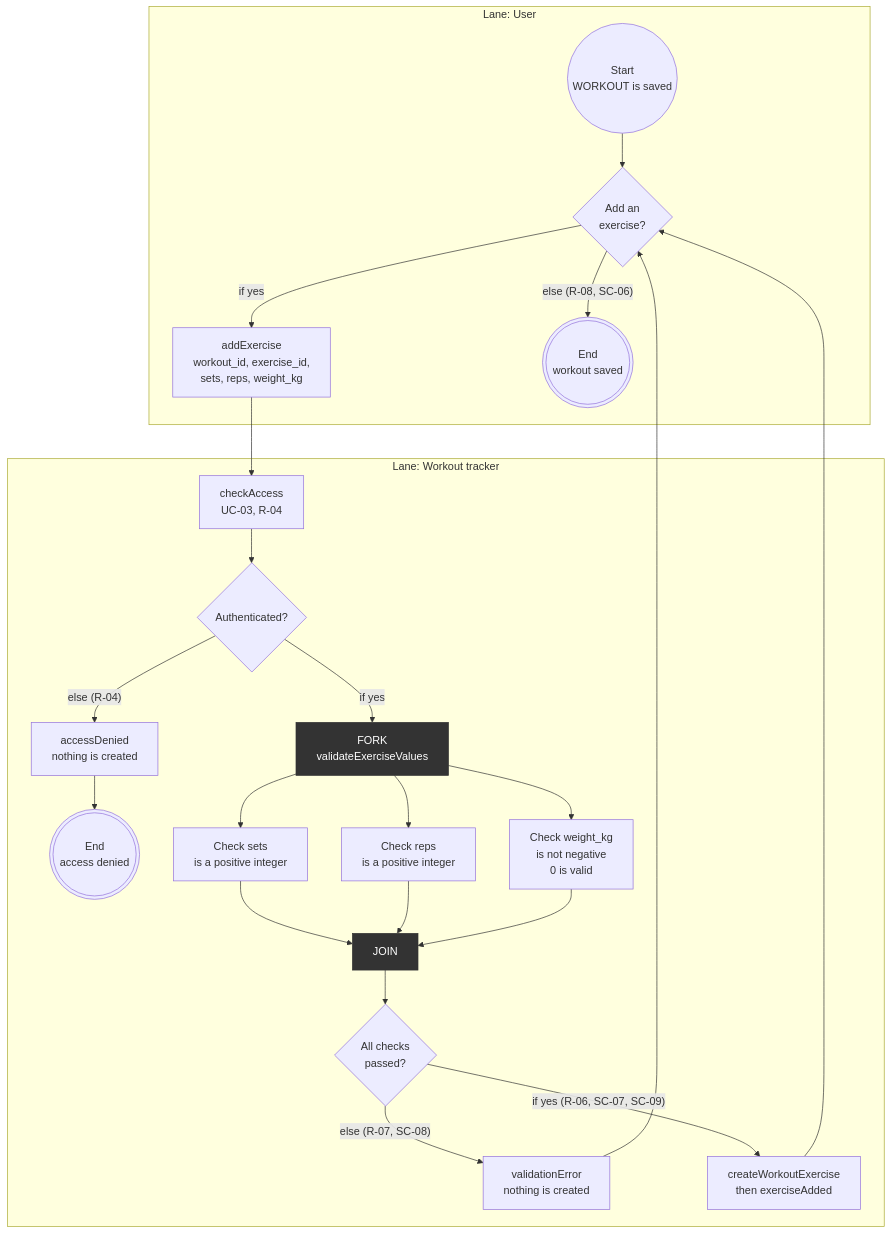
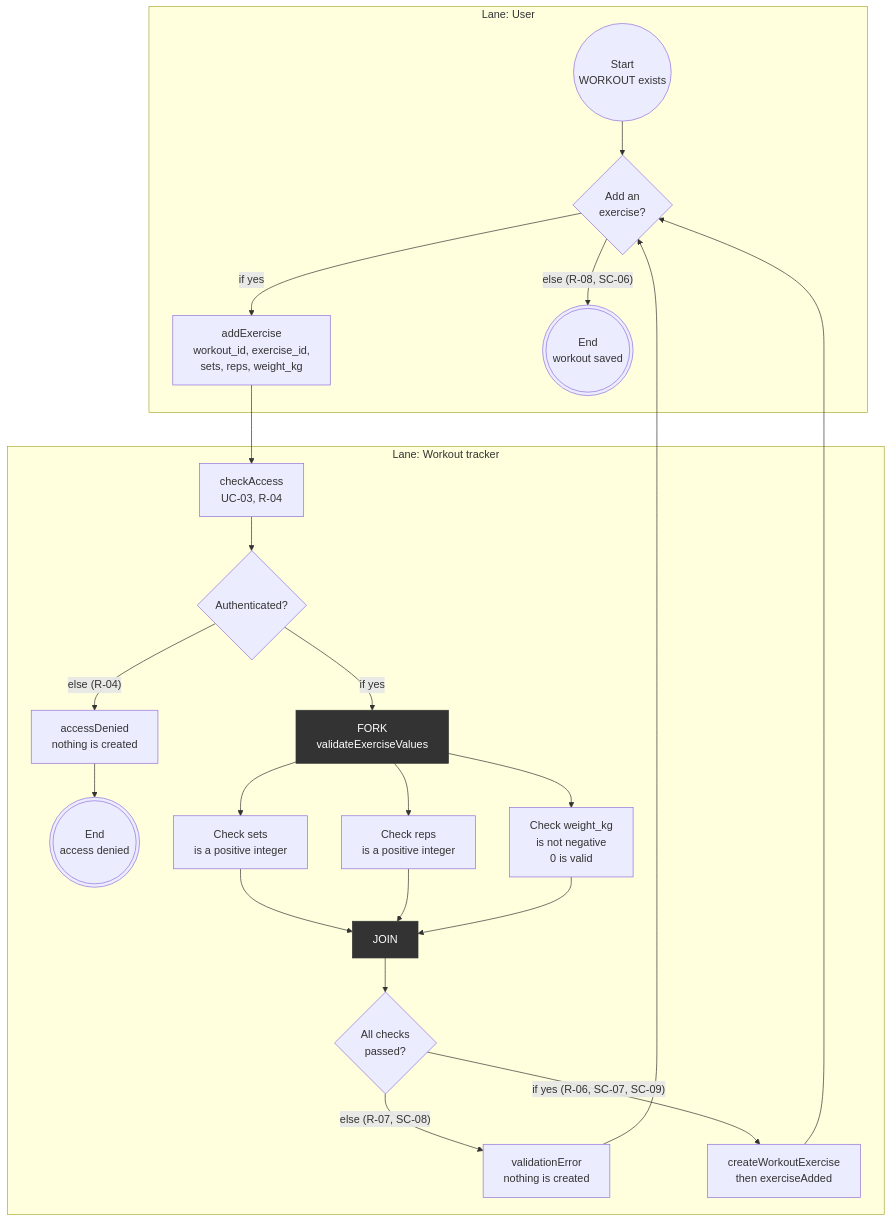
One commit to setlors/kpi-2 changed the diagram in task-4/activity-diagram.mmd. Above: the diagram before and after it, drawn with Mermaid. The commit also changed 2 other files, not shown here.

```diff
--- a/task-4/activity-diagram.mmd
+++ b/task-4/activity-diagram.mmd
@@ -1,45 +1,45 @@
 flowchart TB
     subgraph USER["Lane: User"]
-        S0(("Start<br/>WORKOUT is saved"))
+        S0(("Start<br/>WORKOUT exists"))
         D1{"Add an<br/>exercise?"}
         A2["addExercise<br/>workout_id, exercise_id,<br/>sets, reps, weight_kg"]
         E1((("End<br/>workout saved")))
     end
 
     subgraph WT["Lane: Workout tracker"]
         A3["checkAccess<br/>UC-03, R-04"]
         D4{"Authenticated?"}
         A5["accessDenied<br/>nothing is created"]
         E2((("End<br/>access denied")))
         F6["FORK<br/>validateExerciseValues"]
         A7a["Check sets<br/>is a positive integer"]
         A7b["Check reps<br/>is a positive integer"]
         A7c["Check weight_kg<br/>is not negative<br/>0 is valid"]
         J8["JOIN"]
         D9{"All checks<br/>passed?"}
         A10["validationError<br/>nothing is created"]
         A11["createWorkoutExercise<br/>then exerciseAdded"]
     end
 
     S0 --> D1
     D1 -- "if yes" --> A2
     D1 -- "else (R-08, SC-06)" --> E1
     A2 --> A3
     A3 --> D4
     D4 -- "if yes" --> F6
     D4 -- "else (R-04)" --> A5
     A5 --> E2
     F6 --> A7a
     F6 --> A7b
     F6 --> A7c
     A7a --> J8
     A7b --> J8
     A7c --> J8
     J8 --> D9
     D9 -- "if yes (R-06, SC-07, SC-09)" --> A11
     D9 -- "else (R-07, SC-08)" --> A10
     A10 --> D1
     A11 --> D1
 
     classDef bar fill:#333,stroke:#333,color:#fff;
     class F6,J8 bar;
```
